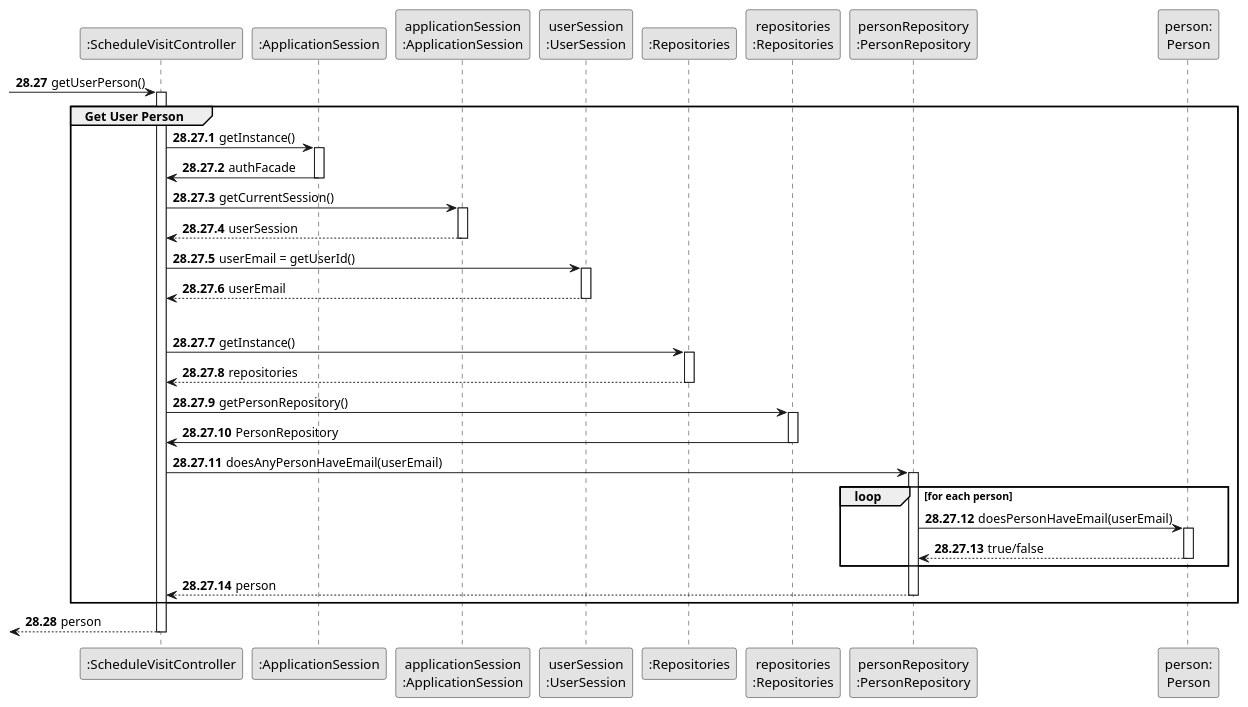
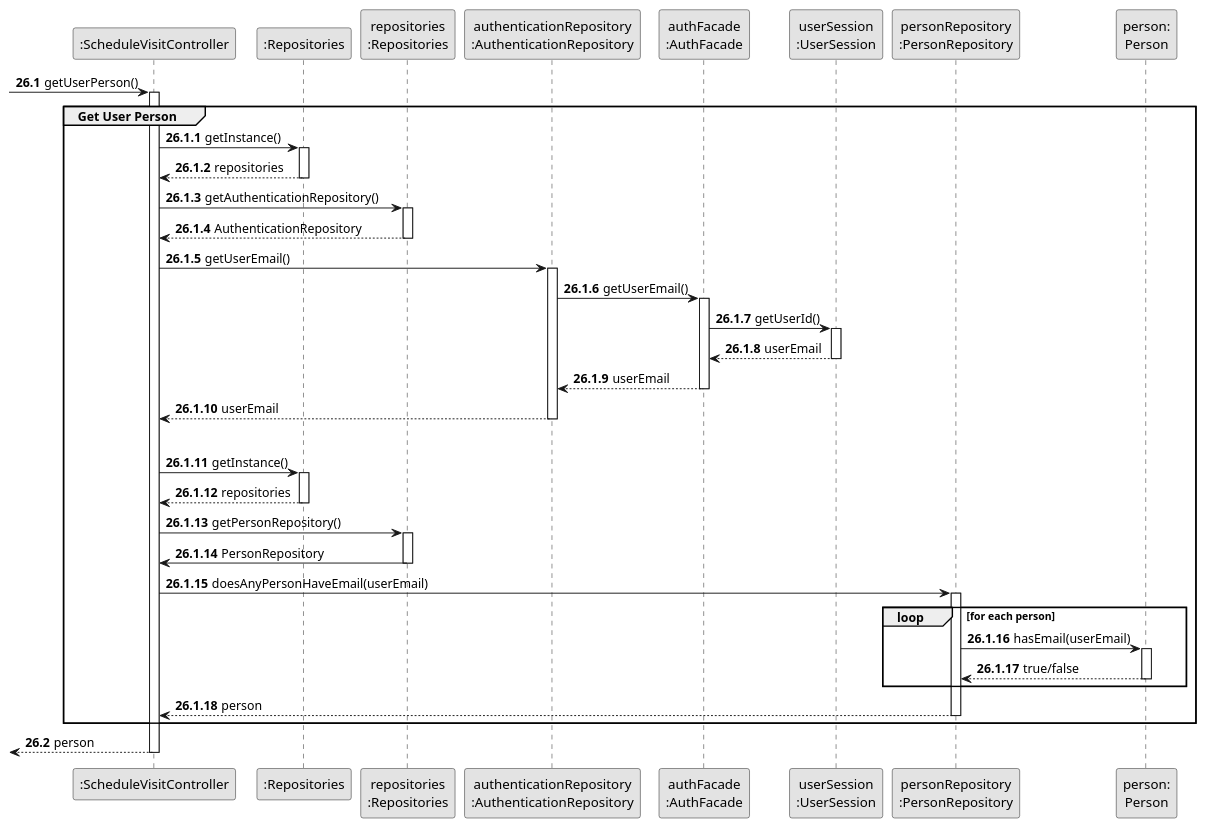
The diagram in docs/sprintC/us009/03.design/puml/us009-sequence-diagram-partial-get-user-person.puml (rita-barbosa/LAPR2-2223), drawn with PlantUML before and after one commit.

Commit message:
Get User Person partial SD update [US009] [Design]

```diff
--- a/docs/sprintC/us009/03.design/puml/us009-sequence-diagram-partial-get-user-person.puml
+++ b/docs/sprintC/us009/03.design/puml/us009-sequence-diagram-partial-get-user-person.puml
@@ -1,78 +1,90 @@
 @startuml
 skinparam monochrome true
 skinparam packageStyle rectangle
 skinparam shadowing false\
 
 
 participant ":ScheduleVisitController" as CTRL
-participant ":ApplicationSession" as _APP
-participant "applicationSession\n:ApplicationSession" as APP
-participant "userSession\n:UserSession" as SESSION
 participant ":Repositories" as RepositorySingleton
 participant "repositories\n:Repositories" as PLAT
+participant "authenticationRepository\n:AuthenticationRepository" as AuthenticationRepository
+participant "authFacade\n:AuthFacade" as FACADE
+participant "userSession\n:UserSession" as SESSION
 participant "personRepository\n:PersonRepository" as PersonRepository
 participant "person:\nPerson" as PERSON
 
-autonumber 28.27
+autonumber 26.1
 
      -> CTRL : getUserPerson()
      activate CTRL
 
-autonumber 28.27.1
+autonumber 26.1.1
 
     group Get User Person
 
-         CTRL -> _APP: getInstance()
-         activate _APP
+        CTRL -> RepositorySingleton : getInstance()
+        activate RepositorySingleton
 
-            _APP -> CTRL: authFacade
-         deactivate _APP
+            RepositorySingleton --> CTRL : repositories
+        deactivate RepositorySingleton
 
-         CTRL -> APP: getCurrentSession()
-         activate APP
+        CTRL -> PLAT : getAuthenticationRepository()
+        activate PLAT
 
-             APP --> CTRL: userSession
-         deactivate APP
+            PLAT --> CTRL : AuthenticationRepository
+        deactivate PLAT
 
-         CTRL -> SESSION: userEmail = getUserId()
-         activate SESSION
+        CTRL -> AuthenticationRepository : getUserEmail()
+        activate AuthenticationRepository
 
-             SESSION --> CTRL: userEmail
-         deactivate SESSION
+            AuthenticationRepository -> FACADE : getUserEmail()
+            activate FACADE
+
+                FACADE -> SESSION : getUserId()
+                activate SESSION
+
+                    SESSION --> FACADE : userEmail
+                deactivate SESSION
+
+                FACADE --> AuthenticationRepository : userEmail
+            deactivate FACADE
+
+           AuthenticationRepository --> CTRL : userEmail
+        deactivate AuthenticationRepository
 |||
         CTRL -> RepositorySingleton : getInstance()
         activate RepositorySingleton
 
             RepositorySingleton --> CTRL : repositories
         deactivate RepositorySingleton
 
         CTRL -> PLAT : getPersonRepository()
         activate PLAT
 
             PLAT -> CTRL : PersonRepository
         deactivate PLAT
 
         CTRL -> PersonRepository : doesAnyPersonHaveEmail(userEmail)
         activate PersonRepository
 
         loop for each person
 
-            PersonRepository -> PERSON : doesPersonHaveEmail(userEmail)
+            PersonRepository -> PERSON : hasEmail(userEmail)
             activate PERSON
 
                 PERSON --> PersonRepository : true/false
             deactivate PERSON
 
         end loop
 
             PersonRepository --> CTRL : person
         deactivate PersonRepository
 
      end group
 
-autonumber 28.28
+autonumber 26.2
 
         <-- CTRL : person
     deactivate CTRL
 
 @enduml
```
